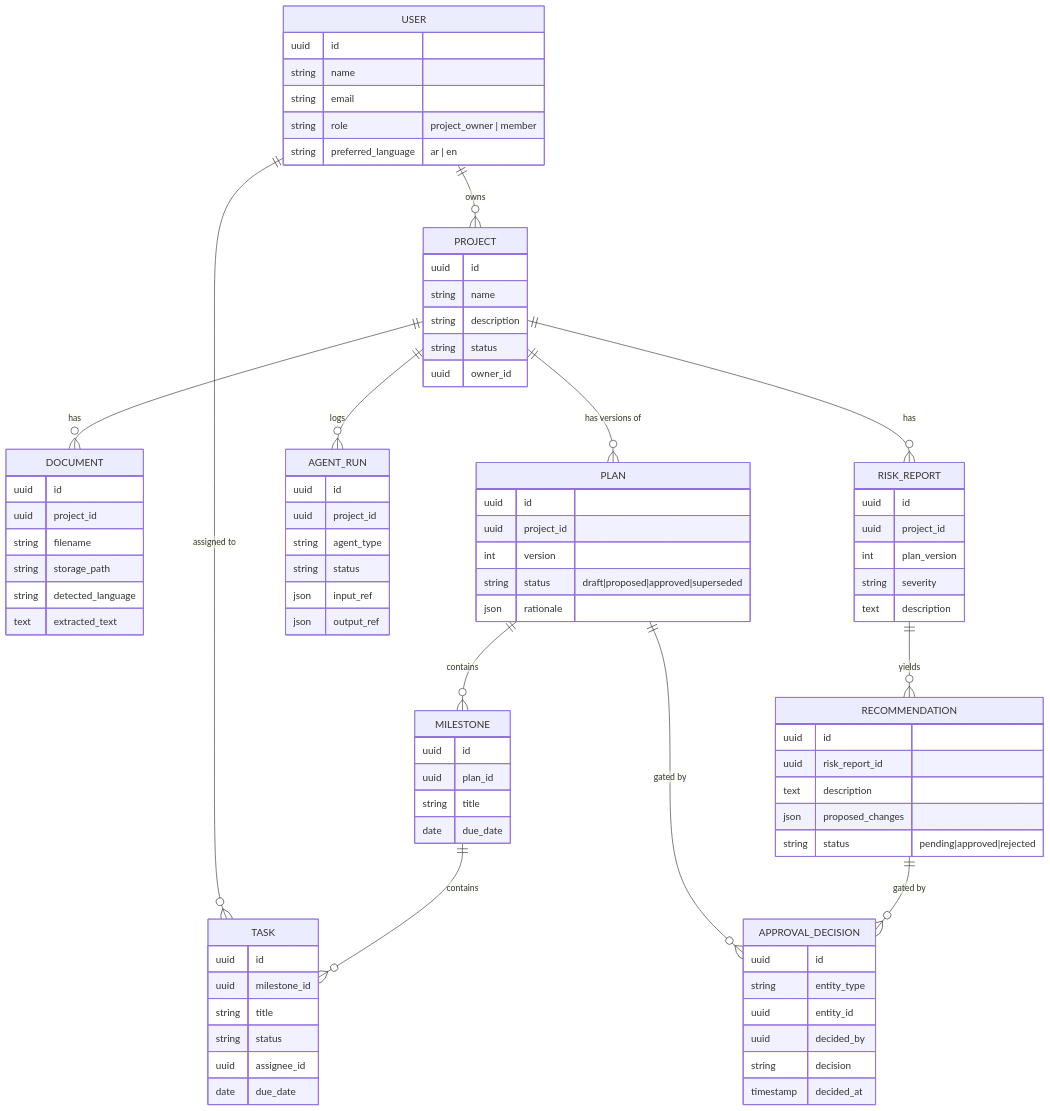
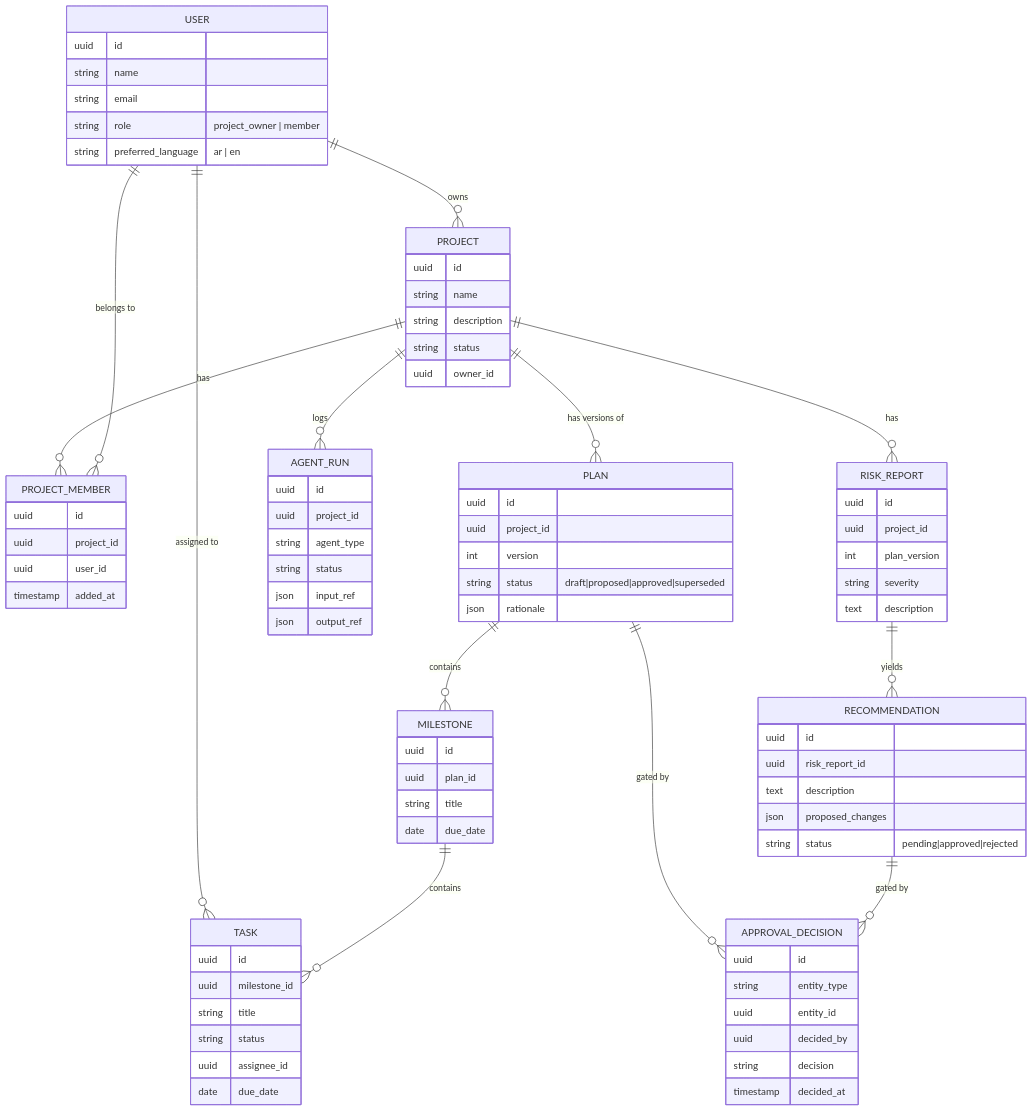
Before and after one commit to alotaibiaseel22-ops/CapstonePilot: the fourth of 4 diagrams in docs/architecture.md, drawn with Mermaid. The commit also changed other lines of this file and 69 other files, not shown here.

```diff
--- a/docs/architecture.md
+++ b/docs/architecture.md
@@ -151,7 +152,8 @@
 erDiagram
     USER ||--o{ PROJECT : owns
     USER ||--o{ TASK : "assigned to"
-    PROJECT ||--o{ DOCUMENT : has
+    PROJECT ||--o{ PROJECT_MEMBER : has
+    USER ||--o{ PROJECT_MEMBER : "belongs to"
     PROJECT ||--o{ PLAN : "has versions of"
     PLAN ||--o{ MILESTONE : contains
     MILESTONE ||--o{ TASK : contains
@@ -175,13 +177,11 @@
         string status
         uuid owner_id
     }
-    DOCUMENT {
+    PROJECT_MEMBER {
         uuid id
         uuid project_id
-        string filename
-        string storage_path
-        string detected_language
-        text extracted_text
+        uuid user_id
+        timestamp added_at
     }
     PLAN {
         uuid id
```
